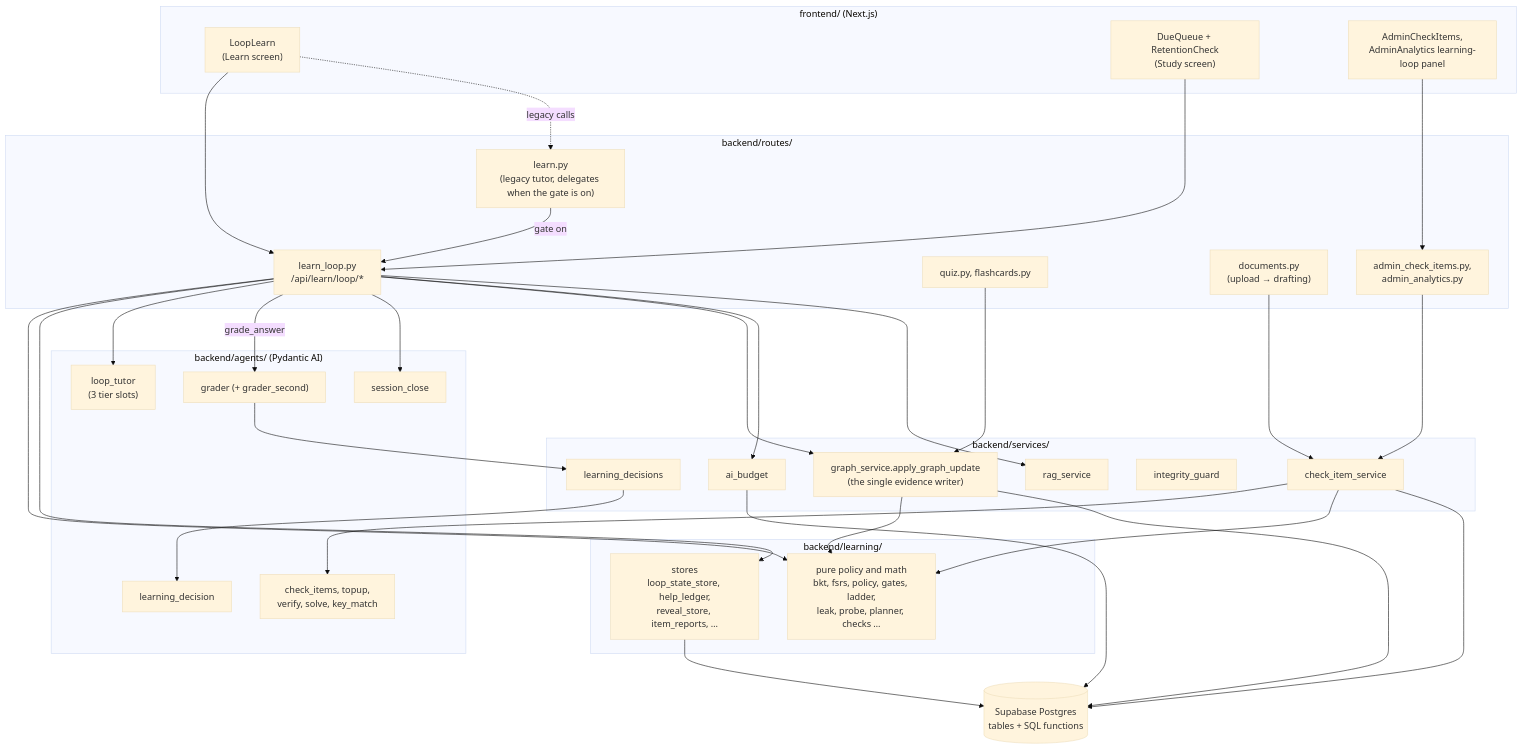
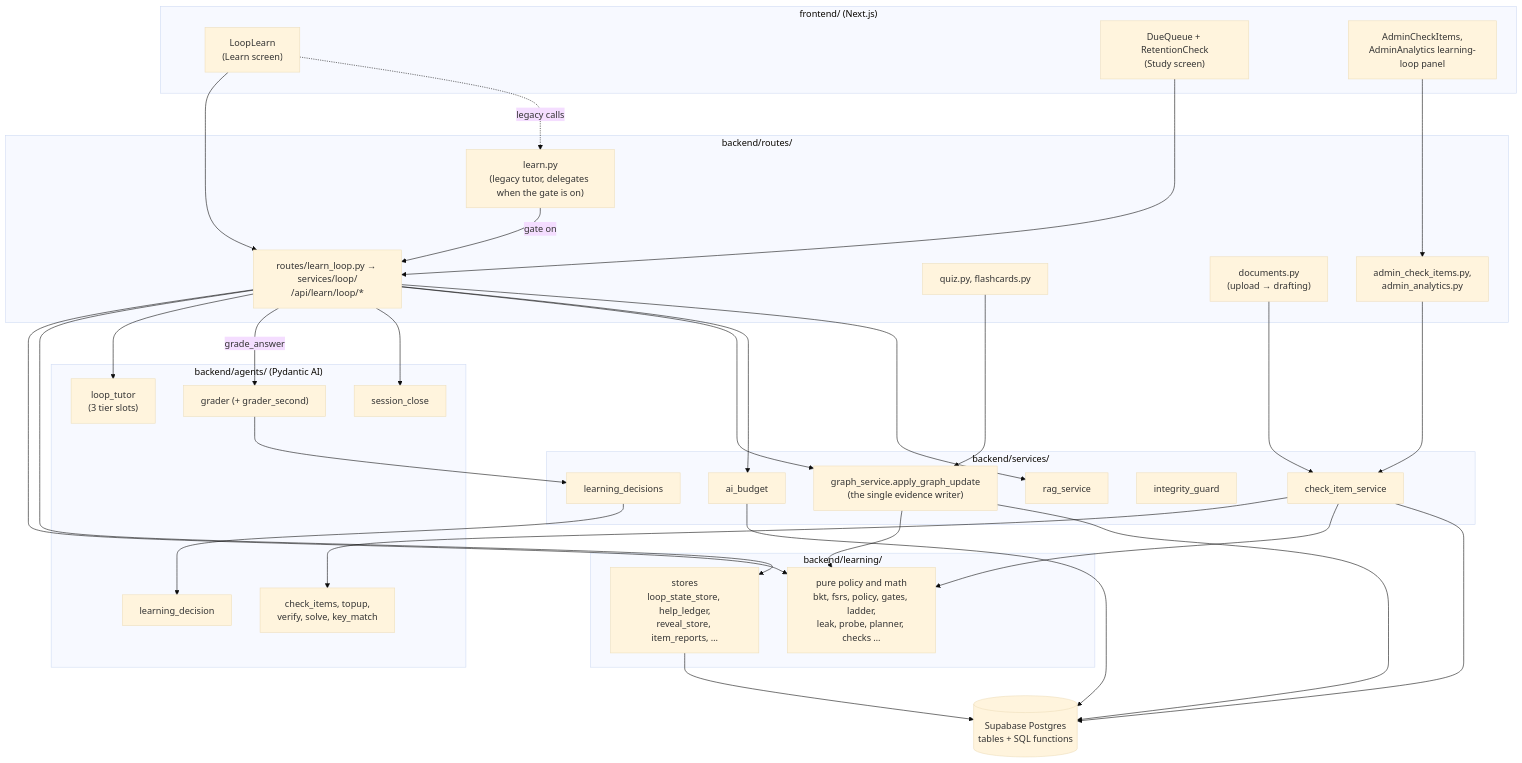
Before and after one commit to SaplingLearn/Sapling: the diagram in docs/learning-loop/architecture.md, drawn with Mermaid (base theme). The commit also changed other lines of this file and 24 other files, not shown here.

````diff
--- a/docs/learning-loop/architecture.md
+++ b/docs/learning-loop/architecture.md
@@ -9,61 +9,61 @@
 ```mermaid
 flowchart TB
   subgraph FE["frontend/ (Next.js)"]
     LL["LoopLearn<br/>(Learn screen)"]
     DQ["DueQueue + RetentionCheck<br/>(Study screen)"]
     ADM["AdminCheckItems,<br/>AdminAnalytics learning-loop panel"]
   end
   subgraph RT["backend/routes/"]
     LEARN["learn.py<br/>(legacy tutor, delegates when the gate is on)"]
-    LOOP["learn_loop.py<br/>/api/learn/loop/*"]
+    LOOP["routes/learn_loop.py → services/loop/<br/>/api/learn/loop/*"]
     QZ["quiz.py, flashcards.py"]
     DOCS["documents.py<br/>(upload → drafting)"]
     ADMR["admin_check_items.py,<br/>admin_analytics.py"]
   end
   subgraph LRN["backend/learning/"]
     PURE["pure policy and math<br/>bkt, fsrs, policy, gates, ladder,<br/>leak, probe, planner, checks …"]
     IO["stores<br/>loop_state_store, help_ledger,<br/>reveal_store, item_reports, …"]
   end
   subgraph AG["backend/agents/ (Pydantic AI)"]
     TUT["loop_tutor<br/>(3 tier slots)"]
     GRD["grader (+ grader_second)"]
     ITM["check_items, topup,<br/>verify, solve, key_match"]
     DEC["learning_decision"]
     CLS["session_close"]
   end
   subgraph SV["backend/services/"]
     GS["graph_service.apply_graph_update<br/>(the single evidence writer)"]
     CIS["check_item_service"]
     LDS["learning_decisions"]
     BUD["ai_budget"]
     IG["integrity_guard"]
     RAG["rag_service"]
   end
   DB[("Supabase Postgres<br/>tables + SQL functions")]
 
   LL --> LOOP
   LL -.legacy calls.-> LEARN
   LEARN -->|gate on| LOOP
   DQ --> LOOP
   ADM --> ADMR
   LOOP --> PURE
   LOOP --> IO
   LOOP --> TUT
   LOOP -->|grade_answer| GRD
   LOOP --> CLS
   GRD --> LDS
   LDS --> DEC
   LOOP --> GS
   QZ --> GS
   DOCS --> CIS
   CIS --> ITM
   CIS --> PURE
   ADMR --> CIS
   LOOP --> BUD
   LOOP --> RAG
   GS --> PURE
   GS --> DB
   IO --> DB
   CIS --> DB
   BUD --> DB
 ```
````
